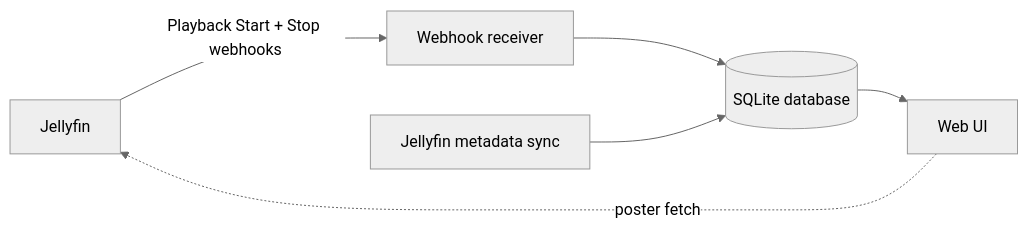
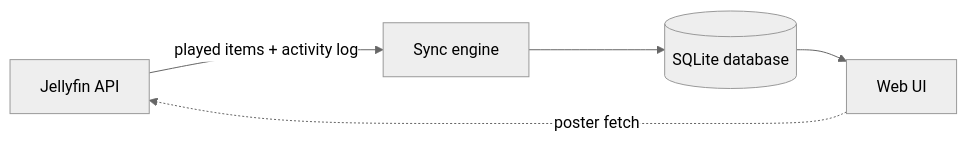
One commit to divin/tana changed the diagram in README.md. Above: the diagram before and after it, drawn with Mermaid (neutral theme). The commit also changed other lines of this file and 27 other files, not shown here.

First line of the commit message:
Use Jellyfin API and activity log; remove webhooks

````diff
--- a/README.md
+++ b/README.md
@@ -17,8 +17,7 @@
 ```mermaid
 flowchart LR
-    A[Jellyfin] -->|Playback Start + Stop webhooks| B[Webhook receiver]
+    A[Jellyfin API] -->|played items + activity log| B[Sync engine]
     B --> C[(SQLite database)]
-    D[Jellyfin metadata sync] --> C
     C --> E[Web UI]
     E -. poster fetch .-> A
 ```
````
